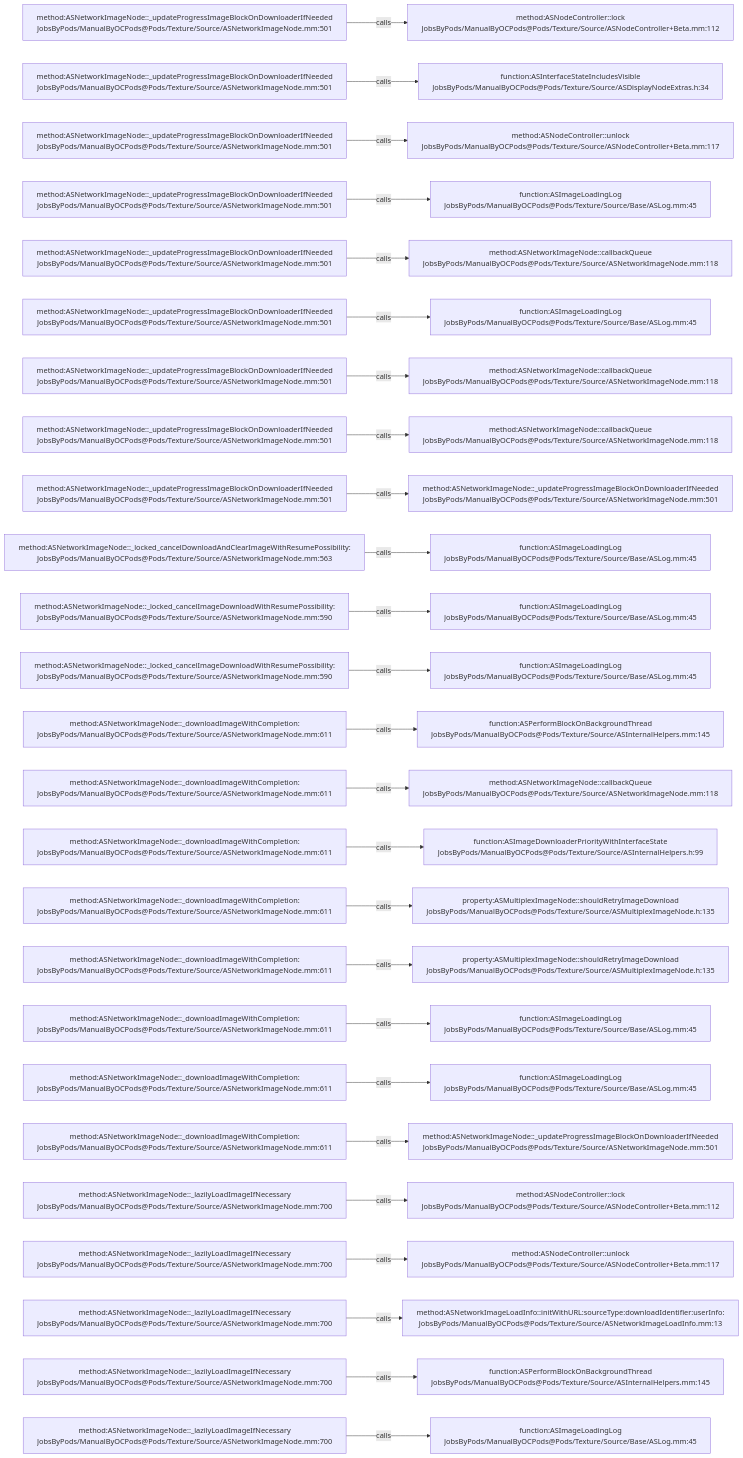
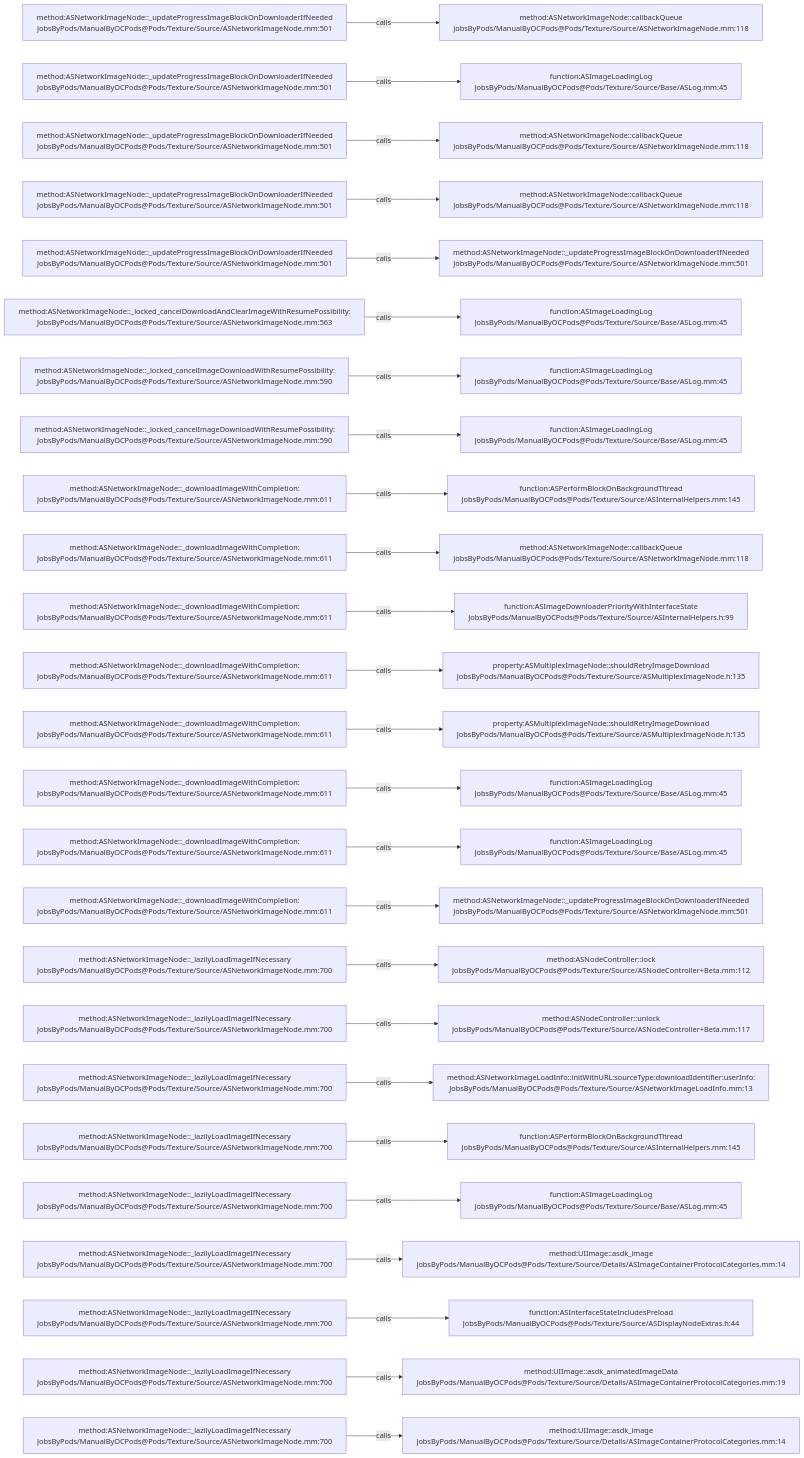
The diagram in .codegraph/codegraph.md/graphs/calls-116.md (JobsKits/JobsOCBaseConfigDemo), drawn with Mermaid before and after one commit. The commit also changed 727 other files, not shown here.

````diff
--- a/.codegraph/codegraph.md/graphs/calls-116.md
+++ b/.codegraph/codegraph.md/graphs/calls-116.md
@@ -13,78 +13,78 @@
 ```mermaid
 flowchart LR
   S1["method:ASNetworkImageNode::_updateProgressImageBlockOnDownloaderIfNeeded<br/>JobsByPods/ManualByOCPods@Pods/Texture/Source/ASNetworkImageNode.mm:501"]
-  T1["method:ASNodeController::lock<br/>JobsByPods/ManualByOCPods@Pods/Texture/Source/ASNodeController+Beta.mm:112"]
+  T1["method:ASNetworkImageNode::callbackQueue<br/>JobsByPods/ManualByOCPods@Pods/Texture/Source/ASNetworkImageNode.mm:118"]
   S1 -->|calls| T1
   S2["method:ASNetworkImageNode::_updateProgressImageBlockOnDownloaderIfNeeded<br/>JobsByPods/ManualByOCPods@Pods/Texture/Source/ASNetworkImageNode.mm:501"]
-  T2["function:ASInterfaceStateIncludesVisible<br/>JobsByPods/ManualByOCPods@Pods/Texture/Source/ASDisplayNodeExtras.h:34"]
+  T2["function:ASImageLoadingLog<br/>JobsByPods/ManualByOCPods@Pods/Texture/Source/Base/ASLog.mm:45"]
   S2 -->|calls| T2
   S3["method:ASNetworkImageNode::_updateProgressImageBlockOnDownloaderIfNeeded<br/>JobsByPods/ManualByOCPods@Pods/Texture/Source/ASNetworkImageNode.mm:501"]
-  T3["method:ASNodeController::unlock<br/>JobsByPods/ManualByOCPods@Pods/Texture/Source/ASNodeController+Beta.mm:117"]
+  T3["method:ASNetworkImageNode::callbackQueue<br/>JobsByPods/ManualByOCPods@Pods/Texture/Source/ASNetworkImageNode.mm:118"]
   S3 -->|calls| T3
   S4["method:ASNetworkImageNode::_updateProgressImageBlockOnDownloaderIfNeeded<br/>JobsByPods/ManualByOCPods@Pods/Texture/Source/ASNetworkImageNode.mm:501"]
-  T4["function:ASImageLoadingLog<br/>JobsByPods/ManualByOCPods@Pods/Texture/Source/Base/ASLog.mm:45"]
+  T4["method:ASNetworkImageNode::callbackQueue<br/>JobsByPods/ManualByOCPods@Pods/Texture/Source/ASNetworkImageNode.mm:118"]
   S4 -->|calls| T4
   S5["method:ASNetworkImageNode::_updateProgressImageBlockOnDownloaderIfNeeded<br/>JobsByPods/ManualByOCPods@Pods/Texture/Source/ASNetworkImageNode.mm:501"]
-  T5["method:ASNetworkImageNode::callbackQueue<br/>JobsByPods/ManualByOCPods@Pods/Texture/Source/ASNetworkImageNode.mm:118"]
+  T5["method:ASNetworkImageNode::_updateProgressImageBlockOnDownloaderIfNeeded<br/>JobsByPods/ManualByOCPods@Pods/Texture/Source/ASNetworkImageNode.mm:501"]
   S5 -->|calls| T5
-  S6["method:ASNetworkImageNode::_updateProgressImageBlockOnDownloaderIfNeeded<br/>JobsByPods/ManualByOCPods@Pods/Texture/Source/ASNetworkImageNode.mm:501"]
+  S6["method:ASNetworkImageNode::_locked_cancelDownloadAndClearImageWithResumePossibility:<br/>JobsByPods/ManualByOCPods@Pods/Texture/Source/ASNetworkImageNode.mm:563"]
   T6["function:ASImageLoadingLog<br/>JobsByPods/ManualByOCPods@Pods/Texture/Source/Base/ASLog.mm:45"]
   S6 -->|calls| T6
-  S7["method:ASNetworkImageNode::_updateProgressImageBlockOnDownloaderIfNeeded<br/>JobsByPods/ManualByOCPods@Pods/Texture/Source/ASNetworkImageNode.mm:501"]
-  T7["method:ASNetworkImageNode::callbackQueue<br/>JobsByPods/ManualByOCPods@Pods/Texture/Source/ASNetworkImageNode.mm:118"]
+  S7["method:ASNetworkImageNode::_locked_cancelImageDownloadWithResumePossibility:<br/>JobsByPods/ManualByOCPods@Pods/Texture/Source/ASNetworkImageNode.mm:590"]
+  T7["function:ASImageLoadingLog<br/>JobsByPods/ManualByOCPods@Pods/Texture/Source/Base/ASLog.mm:45"]
   S7 -->|calls| T7
-  S8["method:ASNetworkImageNode::_updateProgressImageBlockOnDownloaderIfNeeded<br/>JobsByPods/ManualByOCPods@Pods/Texture/Source/ASNetworkImageNode.mm:501"]
-  T8["method:ASNetworkImageNode::callbackQueue<br/>JobsByPods/ManualByOCPods@Pods/Texture/Source/ASNetworkImageNode.mm:118"]
+  S8["method:ASNetworkImageNode::_locked_cancelImageDownloadWithResumePossibility:<br/>JobsByPods/ManualByOCPods@Pods/Texture/Source/ASNetworkImageNode.mm:590"]
+  T8["function:ASImageLoadingLog<br/>JobsByPods/ManualByOCPods@Pods/Texture/Source/Base/ASLog.mm:45"]
   S8 -->|calls| T8
-  S9["method:ASNetworkImageNode::_updateProgressImageBlockOnDownloaderIfNeeded<br/>JobsByPods/ManualByOCPods@Pods/Texture/Source/ASNetworkImageNode.mm:501"]
-  T9["method:ASNetworkImageNode::_updateProgressImageBlockOnDownloaderIfNeeded<br/>JobsByPods/ManualByOCPods@Pods/Texture/Source/ASNetworkImageNode.mm:501"]
+  S9["method:ASNetworkImageNode::_downloadImageWithCompletion:<br/>JobsByPods/ManualByOCPods@Pods/Texture/Source/ASNetworkImageNode.mm:611"]
+  T9["function:ASPerformBlockOnBackgroundThread<br/>JobsByPods/ManualByOCPods@Pods/Texture/Source/ASInternalHelpers.mm:145"]
   S9 -->|calls| T9
-  S10["method:ASNetworkImageNode::_locked_cancelDownloadAndClearImageWithResumePossibility:<br/>JobsByPods/ManualByOCPods@Pods/Texture/Source/ASNetworkImageNode.mm:563"]
-  T10["function:ASImageLoadingLog<br/>JobsByPods/ManualByOCPods@Pods/Texture/Source/Base/ASLog.mm:45"]
+  S10["method:ASNetworkImageNode::_downloadImageWithCompletion:<br/>JobsByPods/ManualByOCPods@Pods/Texture/Source/ASNetworkImageNode.mm:611"]
+  T10["method:ASNetworkImageNode::callbackQueue<br/>JobsByPods/ManualByOCPods@Pods/Texture/Source/ASNetworkImageNode.mm:118"]
   S10 -->|calls| T10
-  S11["method:ASNetworkImageNode::_locked_cancelImageDownloadWithResumePossibility:<br/>JobsByPods/ManualByOCPods@Pods/Texture/Source/ASNetworkImageNode.mm:590"]
-  T11["function:ASImageLoadingLog<br/>JobsByPods/ManualByOCPods@Pods/Texture/Source/Base/ASLog.mm:45"]
+  S11["method:ASNetworkImageNode::_downloadImageWithCompletion:<br/>JobsByPods/ManualByOCPods@Pods/Texture/Source/ASNetworkImageNode.mm:611"]
+  T11["function:ASImageDownloaderPriorityWithInterfaceState<br/>JobsByPods/ManualByOCPods@Pods/Texture/Source/ASInternalHelpers.h:99"]
   S11 -->|calls| T11
-  S12["method:ASNetworkImageNode::_locked_cancelImageDownloadWithResumePossibility:<br/>JobsByPods/ManualByOCPods@Pods/Texture/Source/ASNetworkImageNode.mm:590"]
-  T12["function:ASImageLoadingLog<br/>JobsByPods/ManualByOCPods@Pods/Texture/Source/Base/ASLog.mm:45"]
+  S12["method:ASNetworkImageNode::_downloadImageWithCompletion:<br/>JobsByPods/ManualByOCPods@Pods/Texture/Source/ASNetworkImageNode.mm:611"]
+  T12["property:ASMultiplexImageNode::shouldRetryImageDownload<br/>JobsByPods/ManualByOCPods@Pods/Texture/Source/ASMultiplexImageNode.h:135"]
   S12 -->|calls| T12
   S13["method:ASNetworkImageNode::_downloadImageWithCompletion:<br/>JobsByPods/ManualByOCPods@Pods/Texture/Source/ASNetworkImageNode.mm:611"]
-  T13["function:ASPerformBlockOnBackgroundThread<br/>JobsByPods/ManualByOCPods@Pods/Texture/Source/ASInternalHelpers.mm:145"]
+  T13["property:ASMultiplexImageNode::shouldRetryImageDownload<br/>JobsByPods/ManualByOCPods@Pods/Texture/Source/ASMultiplexImageNode.h:135"]
   S13 -->|calls| T13
   S14["method:ASNetworkImageNode::_downloadImageWithCompletion:<br/>JobsByPods/ManualByOCPods@Pods/Texture/Source/ASNetworkImageNode.mm:611"]
-  T14["method:ASNetworkImageNode::callbackQueue<br/>JobsByPods/ManualByOCPods@Pods/Texture/Source/ASNetworkImageNode.mm:118"]
+  T14["function:ASImageLoadingLog<br/>JobsByPods/ManualByOCPods@Pods/Texture/Source/Base/ASLog.mm:45"]
   S14 -->|calls| T14
   S15["method:ASNetworkImageNode::_downloadImageWithCompletion:<br/>JobsByPods/ManualByOCPods@Pods/Texture/Source/ASNetworkImageNode.mm:611"]
-  T15["function:ASImageDownloaderPriorityWithInterfaceState<br/>JobsByPods/ManualByOCPods@Pods/Texture/Source/ASInternalHelpers.h:99"]
+  T15["function:ASImageLoadingLog<br/>JobsByPods/ManualByOCPods@Pods/Texture/Source/Base/ASLog.mm:45"]
   S15 -->|calls| T15
   S16["method:ASNetworkImageNode::_downloadImageWithCompletion:<br/>JobsByPods/ManualByOCPods@Pods/Texture/Source/ASNetworkImageNode.mm:611"]
-  T16["property:ASMultiplexImageNode::shouldRetryImageDownload<br/>JobsByPods/ManualByOCPods@Pods/Texture/Source/ASMultiplexImageNode.h:135"]
+  T16["method:ASNetworkImageNode::_updateProgressImageBlockOnDownloaderIfNeeded<br/>JobsByPods/ManualByOCPods@Pods/Texture/Source/ASNetworkImageNode.mm:501"]
   S16 -->|calls| T16
-  S17["method:ASNetworkImageNode::_downloadImageWithCompletion:<br/>JobsByPods/ManualByOCPods@Pods/Texture/Source/ASNetworkImageNode.mm:611"]
-  T17["property:ASMultiplexImageNode::shouldRetryImageDownload<br/>JobsByPods/ManualByOCPods@Pods/Texture/Source/ASMultiplexImageNode.h:135"]
+  S17["method:ASNetworkImageNode::_lazilyLoadImageIfNecessary<br/>JobsByPods/ManualByOCPods@Pods/Texture/Source/ASNetworkImageNode.mm:700"]
+  T17["method:ASNodeController::lock<br/>JobsByPods/ManualByOCPods@Pods/Texture/Source/ASNodeController+Beta.mm:112"]
   S17 -->|calls| T17
-  S18["method:ASNetworkImageNode::_downloadImageWithCompletion:<br/>JobsByPods/ManualByOCPods@Pods/Texture/Source/ASNetworkImageNode.mm:611"]
-  T18["function:ASImageLoadingLog<br/>JobsByPods/ManualByOCPods@Pods/Texture/Source/Base/ASLog.mm:45"]
+  S18["method:ASNetworkImageNode::_lazilyLoadImageIfNecessary<br/>JobsByPods/ManualByOCPods@Pods/Texture/Source/ASNetworkImageNode.mm:700"]
+  T18["method:ASNodeController::unlock<br/>JobsByPods/ManualByOCPods@Pods/Texture/Source/ASNodeController+Beta.mm:117"]
   S18 -->|calls| T18
-  S19["method:ASNetworkImageNode::_downloadImageWithCompletion:<br/>JobsByPods/ManualByOCPods@Pods/Texture/Source/ASNetworkImageNode.mm:611"]
-  T19["function:ASImageLoadingLog<br/>JobsByPods/ManualByOCPods@Pods/Texture/Source/Base/ASLog.mm:45"]
+  S19["method:ASNetworkImageNode::_lazilyLoadImageIfNecessary<br/>JobsByPods/ManualByOCPods@Pods/Texture/Source/ASNetworkImageNode.mm:700"]
+  T19["method:ASNetworkImageLoadInfo::initWithURL:sourceType:downloadIdentifier:userInfo:<br/>JobsByPods/ManualByOCPods@Pods/Texture/Source/ASNetworkImageLoadInfo.mm:13"]
   S19 -->|calls| T19
-  S20["method:ASNetworkImageNode::_downloadImageWithCompletion:<br/>JobsByPods/ManualByOCPods@Pods/Texture/Source/ASNetworkImageNode.mm:611"]
-  T20["method:ASNetworkImageNode::_updateProgressImageBlockOnDownloaderIfNeeded<br/>JobsByPods/ManualByOCPods@Pods/Texture/Source/ASNetworkImageNode.mm:501"]
+  S20["method:ASNetworkImageNode::_lazilyLoadImageIfNecessary<br/>JobsByPods/ManualByOCPods@Pods/Texture/Source/ASNetworkImageNode.mm:700"]
+  T20["function:ASPerformBlockOnBackgroundThread<br/>JobsByPods/ManualByOCPods@Pods/Texture/Source/ASInternalHelpers.mm:145"]
   S20 -->|calls| T20
   S21["method:ASNetworkImageNode::_lazilyLoadImageIfNecessary<br/>JobsByPods/ManualByOCPods@Pods/Texture/Source/ASNetworkImageNode.mm:700"]
-  T21["method:ASNodeController::lock<br/>JobsByPods/ManualByOCPods@Pods/Texture/Source/ASNodeController+Beta.mm:112"]
+  T21["function:ASImageLoadingLog<br/>JobsByPods/ManualByOCPods@Pods/Texture/Source/Base/ASLog.mm:45"]
   S21 -->|calls| T21
   S22["method:ASNetworkImageNode::_lazilyLoadImageIfNecessary<br/>JobsByPods/ManualByOCPods@Pods/Texture/Source/ASNetworkImageNode.mm:700"]
-  T22["method:ASNodeController::unlock<br/>JobsByPods/ManualByOCPods@Pods/Texture/Source/ASNodeController+Beta.mm:117"]
+  T22["method:UIImage::asdk_image<br/>JobsByPods/ManualByOCPods@Pods/Texture/Source/Details/ASImageContainerProtocolCategories.mm:14"]
   S22 -->|calls| T22
   S23["method:ASNetworkImageNode::_lazilyLoadImageIfNecessary<br/>JobsByPods/ManualByOCPods@Pods/Texture/Source/ASNetworkImageNode.mm:700"]
-  T23["method:ASNetworkImageLoadInfo::initWithURL:sourceType:downloadIdentifier:userInfo:<br/>JobsByPods/ManualByOCPods@Pods/Texture/Source/ASNetworkImageLoadInfo.mm:13"]
+  T23["function:ASInterfaceStateIncludesPreload<br/>JobsByPods/ManualByOCPods@Pods/Texture/Source/ASDisplayNodeExtras.h:44"]
   S23 -->|calls| T23
   S24["method:ASNetworkImageNode::_lazilyLoadImageIfNecessary<br/>JobsByPods/ManualByOCPods@Pods/Texture/Source/ASNetworkImageNode.mm:700"]
-  T24["function:ASPerformBlockOnBackgroundThread<br/>JobsByPods/ManualByOCPods@Pods/Texture/Source/ASInternalHelpers.mm:145"]
+  T24["method:UIImage::asdk_animatedImageData<br/>JobsByPods/ManualByOCPods@Pods/Texture/Source/Details/ASImageContainerProtocolCategories.mm:19"]
   S24 -->|calls| T24
   S25["method:ASNetworkImageNode::_lazilyLoadImageIfNecessary<br/>JobsByPods/ManualByOCPods@Pods/Texture/Source/ASNetworkImageNode.mm:700"]
-  T25["function:ASImageLoadingLog<br/>JobsByPods/ManualByOCPods@Pods/Texture/Source/Base/ASLog.mm:45"]
+  T25["method:UIImage::asdk_image<br/>JobsByPods/ManualByOCPods@Pods/Texture/Source/Details/ASImageContainerProtocolCategories.mm:14"]
   S25 -->|calls| T25
 ```
````
